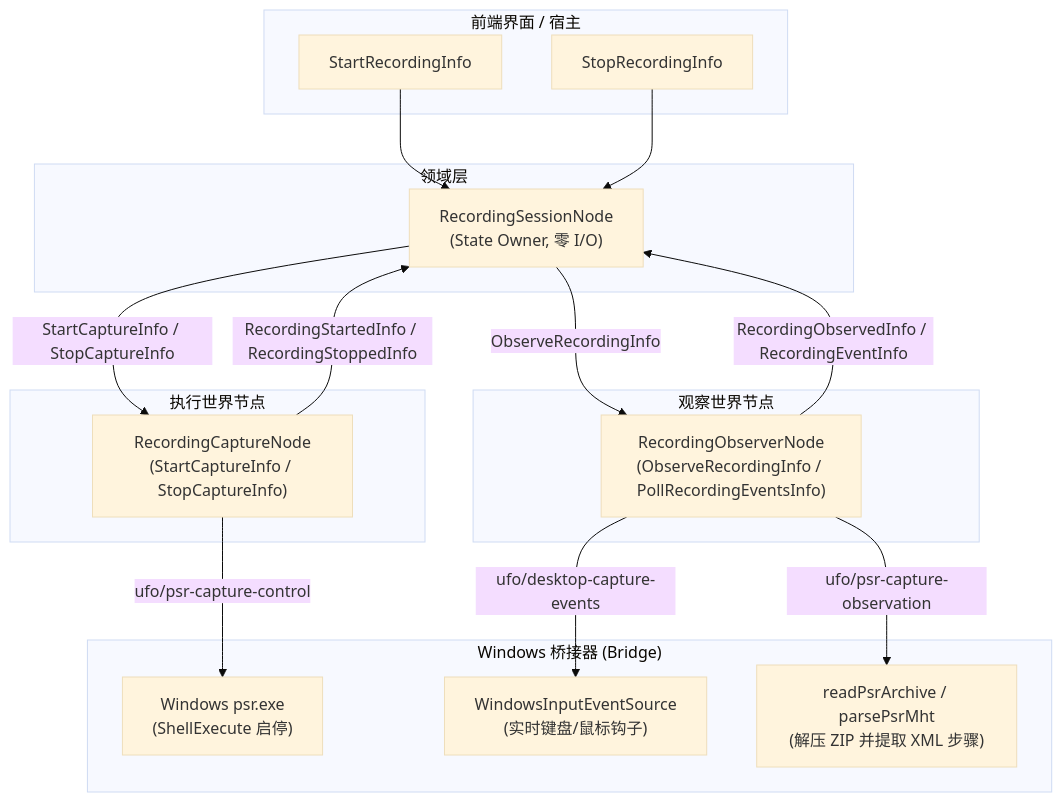
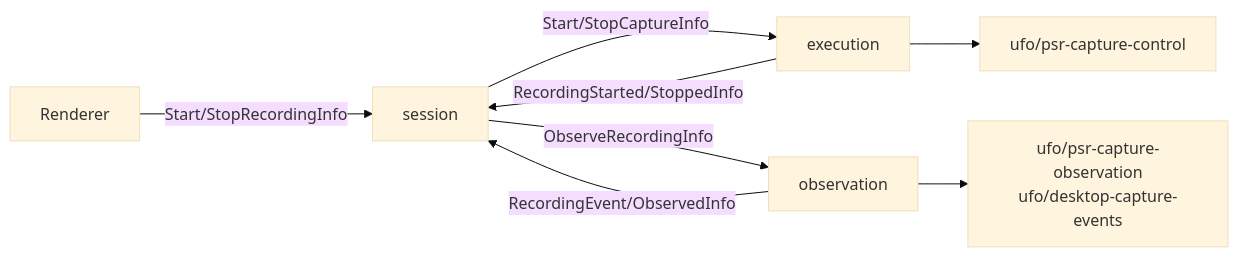
The second of 2 diagrams in REFERENCE/plugins/os-recorder.md (vd249175-cpu/GSDK), drawn with Mermaid (base theme) before and after one commit. The commit also changed other lines of this file and 6 other files, not shown here.

````diff
--- a/REFERENCE/plugins/os-recorder.md
+++ b/REFERENCE/plugins/os-recorder.md
@@ -21,35 +41,10 @@
 ```mermaid
-flowchart TD
-    subgraph UI ["前端界面 / 宿主"]
-        CmdStart["StartRecordingInfo"]
-        CmdStop["StopRecordingInfo"]
-    end
-
-    subgraph Domain ["领域层"]
-        Session["RecordingSessionNode<br>(State Owner, 零 I/O)"]
-    end
-
-    subgraph ExecWorld ["执行世界节点"]
-        Capture["RecordingCaptureNode<br>(StartCaptureInfo / StopCaptureInfo)"]
-    end
-
-    subgraph ObsWorld ["观察世界节点"]
-        Observer["RecordingObserverNode<br>(ObserveRecordingInfo / PollRecordingEventsInfo)"]
-    end
-
-    subgraph Bridge ["Windows 桥接器 (Bridge)"]
-        PSR_Proc["Windows psr.exe<br>(ShellExecute 启停)"]
-        LiveInput["WindowsInputEventSource<br>(实时键盘/鼠标钩子)"]
-        Parser["readPsrArchive / parsePsrMht<br>(解压 ZIP 并提取 XML 步骤)"]
-    end
-
-    CmdStart --> Session
-    CmdStop --> Session
-    Session -->|StartCaptureInfo / StopCaptureInfo| Capture
-    Capture -->|ufo/psr-capture-control| PSR_Proc
-    Capture -->|RecordingStartedInfo / RecordingStoppedInfo| Session
-    Session -->|ObserveRecordingInfo| Observer
-    Observer -->|ufo/psr-capture-observation| Parser
-    Observer -->|ufo/desktop-capture-events| LiveInput
-    Observer -->|RecordingObservedInfo / RecordingEventInfo| Session
+flowchart LR
+    UI[Renderer] -->|Start/StopRecordingInfo| S[session]
+    S -->|Start/StopCaptureInfo| E[execution]
+    E -->|RecordingStarted/StoppedInfo| S
+    S -->|ObserveRecordingInfo| O[observation]
+    O -->|RecordingEvent/ObservedInfo| S
+    E --> C[ufo/psr-capture-control]
+    O --> A[ufo/psr-capture-observation<br/>ufo/desktop-capture-events]
 ```
````
